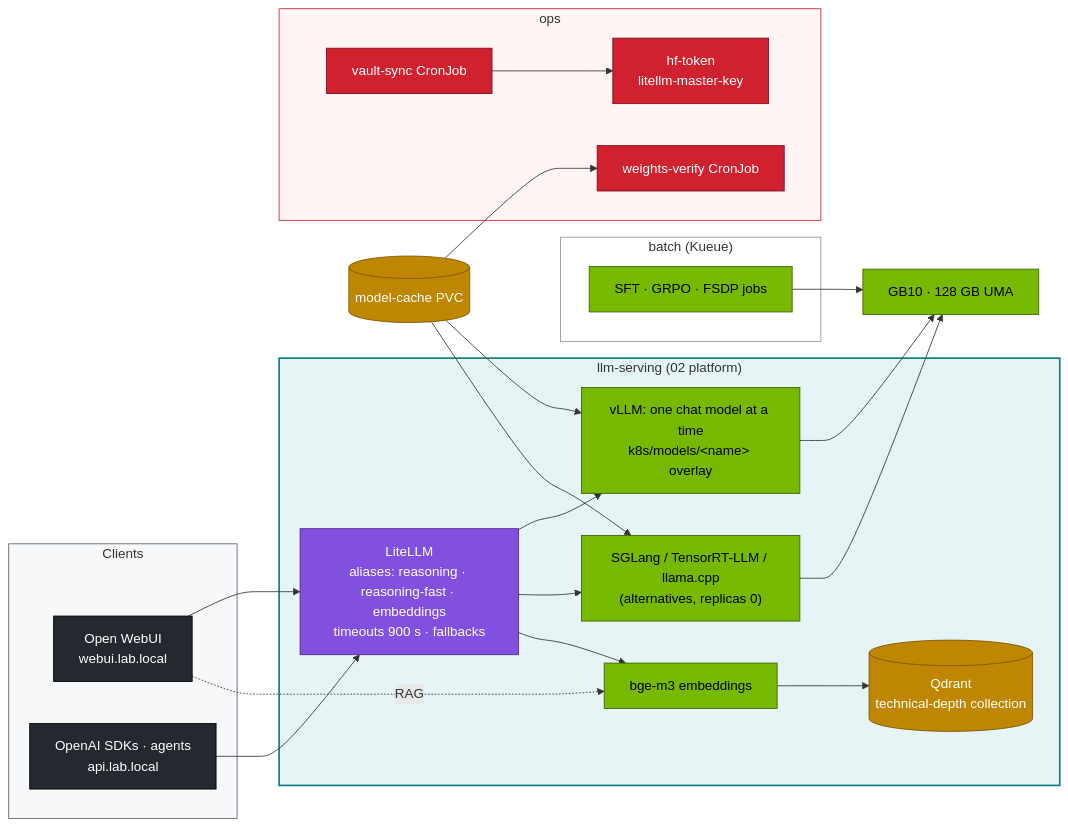
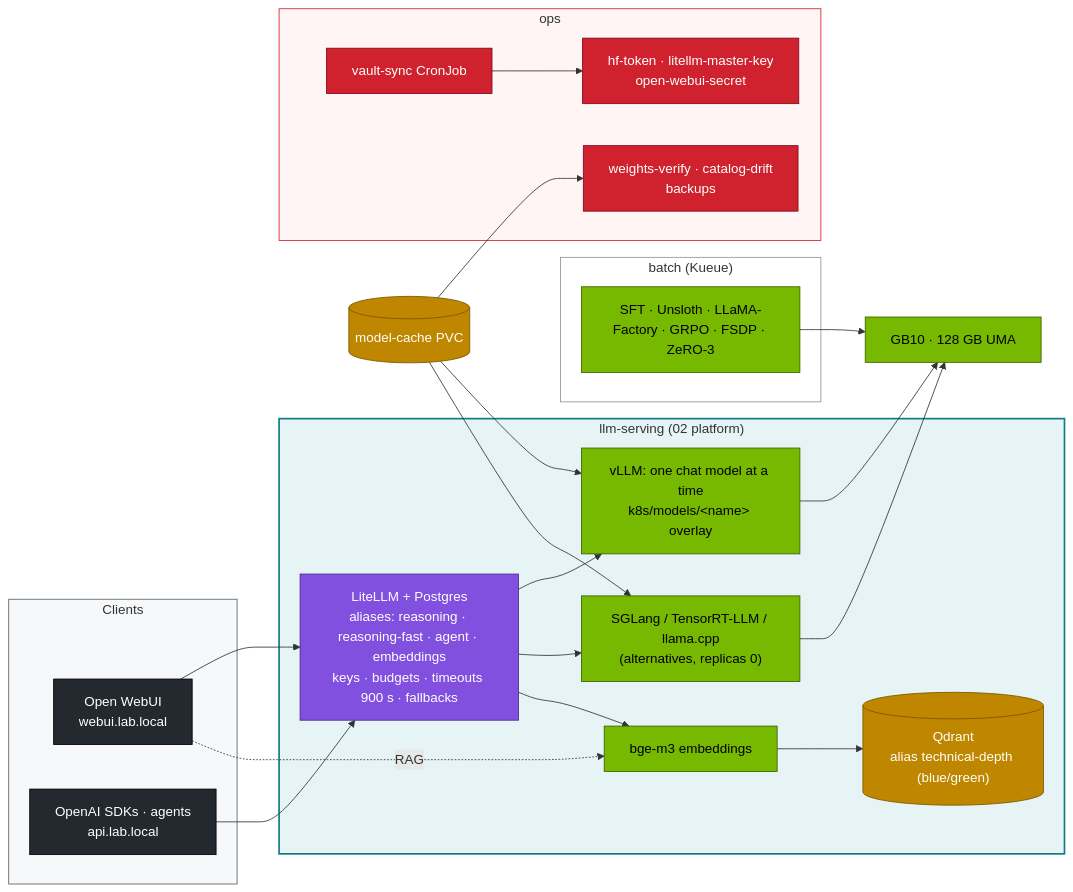
One commit to cloudone365/technical-depth changed the diagram in 03 DeepSeek/lab/README.md. Above: the diagram before and after it, drawn with Mermaid. The commit also changed other lines of this file and 7 other files, not shown here.

````diff
--- a/03 DeepSeek/lab/README.md
+++ b/03 DeepSeek/lab/README.md
@@ -45,43 +55,43 @@
 ```mermaid
 flowchart LR
   subgraph USERS["Clients"]
     UI["Open WebUI<br/>webui.lab.local"]
     SDK["OpenAI SDKs · agents<br/>api.lab.local"]
   end
   subgraph SERVE["llm-serving (02 platform)"]
-    LL["LiteLLM<br/>aliases: reasoning · reasoning-fast · embeddings<br/>timeouts 900 s · fallbacks"]
+    LL["LiteLLM + Postgres<br/>aliases: reasoning · reasoning-fast · agent · embeddings<br/>keys · budgets · timeouts 900 s · fallbacks"]
     V["vLLM: one chat model at a time<br/>k8s/models/&lt;name&gt; overlay"]
     SG["SGLang / TensorRT-LLM / llama.cpp<br/>(alternatives, replicas 0)"]
     E["bge-m3 embeddings"]
-    Q[("Qdrant<br/>technical-depth collection")]
+    Q[("Qdrant<br/>alias technical-depth (blue/green)")]
   end
   subgraph BATCH["batch (Kueue)"]
-    T["SFT · GRPO · FSDP jobs"]
+    T["SFT · Unsloth · LLaMA-Factory · GRPO · FSDP · ZeRO-3"]
   end
   subgraph OPS["ops"]
-    VS["vault-sync CronJob"] --> SEC["hf-token<br/>litellm-master-key"]
-    WV["weights-verify CronJob"]
+    VS["vault-sync CronJob"] --> SEC["hf-token · litellm-master-key<br/>open-webui-secret"]
+    WV["weights-verify · catalog-drift<br/>backups"]
   end
   UI --> LL
   SDK --> LL
   LL --> V & SG & E
   UI -. RAG .-> E
   E --> Q
   V & SG & T --> GPU["GB10 · 128 GB UMA"]
   PVC[("model-cache PVC")] --> V & SG & WV
   classDef gpu fill:#76b900,stroke:#3d6000,color:#000
   classDef net fill:#8250df,stroke:#4c2889,color:#fff
   classDef store fill:#bf8700,stroke:#7a5600,color:#fff
   classDef sec fill:#cf222e,stroke:#82071e,color:#fff
   classDef ext fill:#24292f,stroke:#000,color:#fff
   classDef tenant fill:#eaeef2,stroke:#57606a,color:#000
   class V,SG,E,T,GPU gpu
   class LL net
   class Q,PVC store
   class VS,SEC,WV sec
   class UI,SDK ext
   style SERVE fill:#e6f4f5,stroke:#0e7c86,stroke-width:2px
   style BATCH fill:#ffffff,stroke:#8c959f
   style OPS fill:#fff5f5,stroke:#cf222e
   style USERS fill:#f6f8fa,stroke:#57606a
 ```
````
